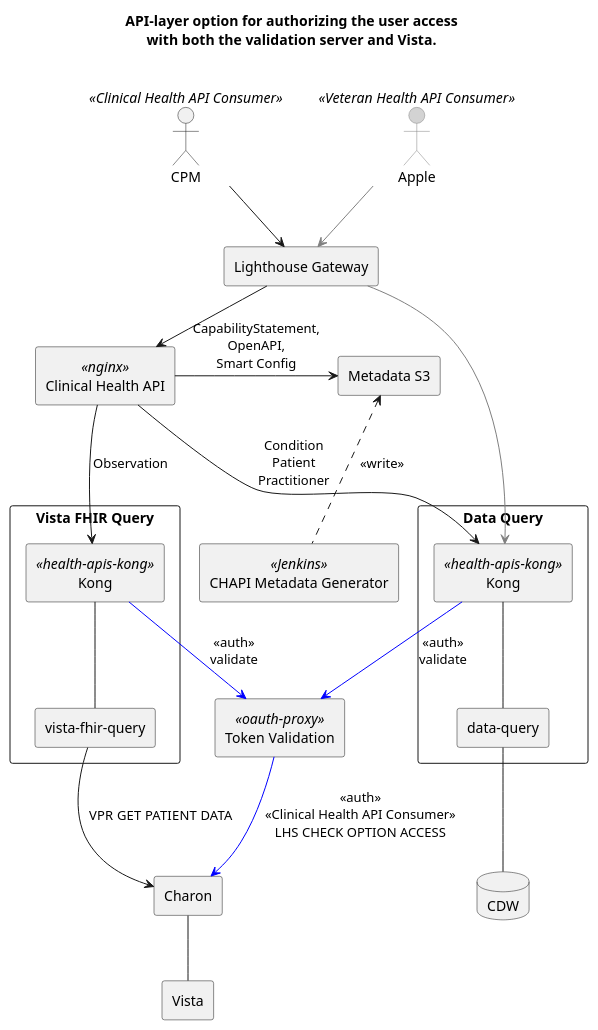
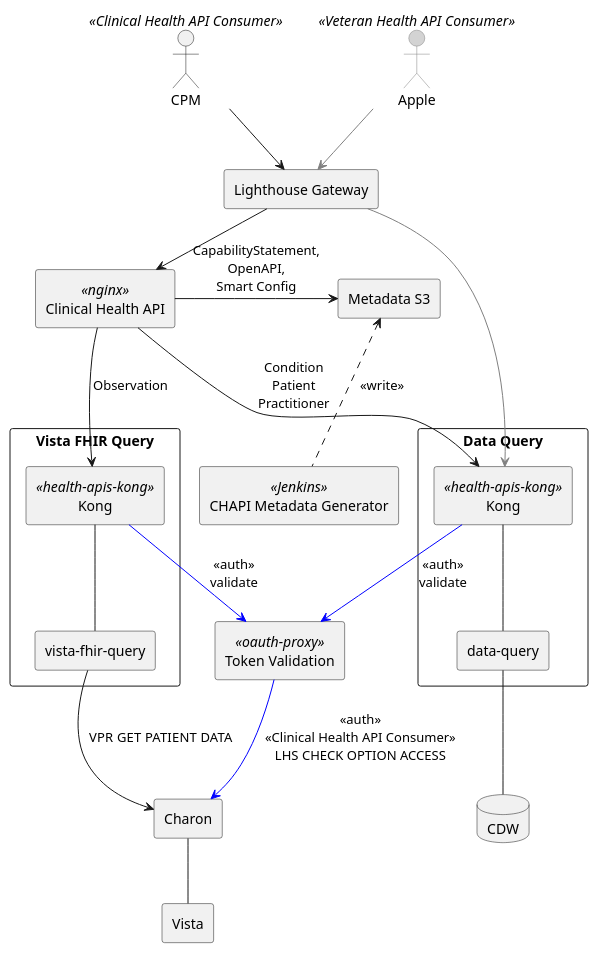
One commit to department-of-veterans-affairs/health-apis-clinical-fhir changed the diagram in src/plantuml/components.puml. Above: the diagram before and after it, drawn with PlantUML. The commit also changed 1 other file, not shown here.

Commit message:
removed title from component diagram

```diff
--- a/src/plantuml/components.puml
+++ b/src/plantuml/components.puml
@@ -1,56 +1,50 @@
 @startuml
 'https://plantuml.com/component-diagram
 
 skinparam {
   shadowing false
   ActorBorderColor<<Veteran Health API Consumer>> Gray
   ActorBackgroundColor<<Veteran Health API Consumer>> LightGray
 }
-
-title
-API-layer option for authorizing the user access
-with both the validation server and Vista.
-
-end title
 
 actor CPM <<Clinical Health API Consumer>>
 actor Apple <<Veteran Health API Consumer>>
 rectangle "Lighthouse Gateway" as GW
 rectangle "Clinical Health API" <<nginx>> as CHAPI
 rectangle "Data Query" as DQ {
   rectangle Kong <<health-apis-kong>> as DQK
   rectangle "data-query" as DQA
 }
 rectangle "Vista FHIR Query" as VFQ {
   rectangle Kong <<health-apis-kong>> as VFQK
   rectangle "vista-fhir-query" as VFQA
 }
 rectangle Charon
 database CDW
 rectangle Vista
 rectangle "CHAPI Metadata Generator" as CU <<Jenkins>>
 rectangle "Metadata S3" as MD
 rectangle "Token Validation" as TV <<oauth-proxy>>
 
 
 CPM --> GW
 Apple -[#Gray]-> GW
 GW --> CHAPI
 GW -[#Gray]-> DQK
 CHAPI --> DQK : Condition\nPatient\nPractitioner
 CHAPI --> VFQK : Observation
 CHAPI -> MD : CapabilityStatement,\nOpenAPI,\nSmart Config
 VFQA --> Charon : VPR GET PATIENT DATA
 VFQK -- VFQA
 DQK -- DQA
 DQA -- CDW
 Charon -- Vista
 DQK -[#Blue]-> TV : <<auth>>\nvalidate
 VFQK -[#Blue]-> TV : <<auth>>\nvalidate
 TV -[#Blue]-> Charon : <<auth>>\n<<Clinical Health API Consumer>>\nLHS CHECK OPTION ACCESS
 
 'CU .up. VFQ
 'CU .up. DQK
 CU .up.> MD : <<write>>
 
 @enduml
```
